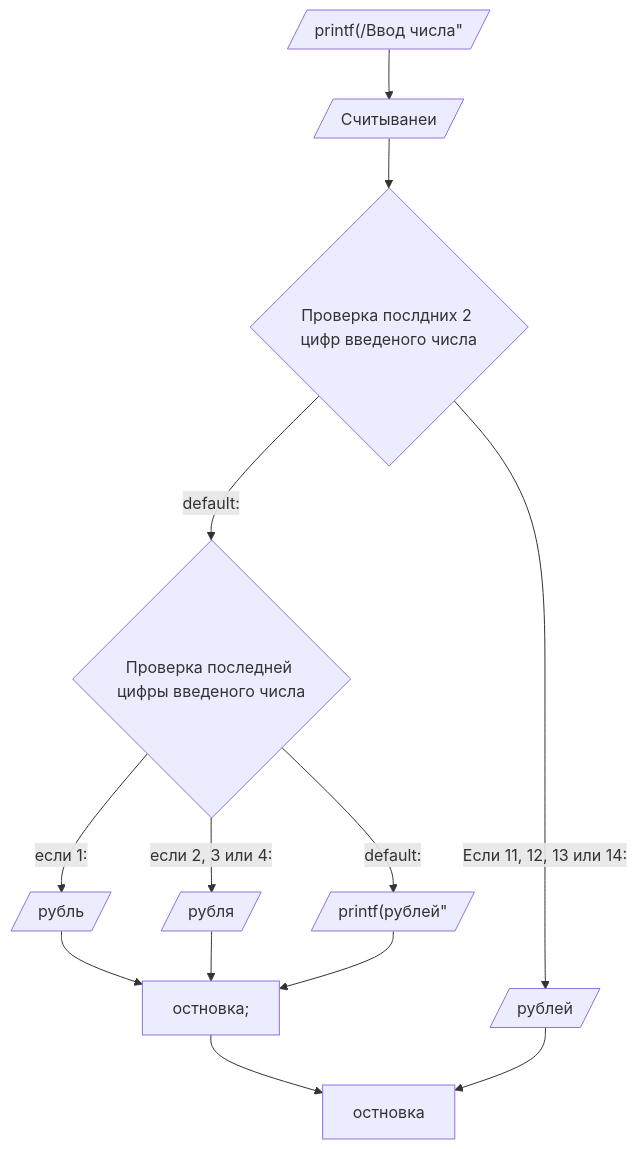
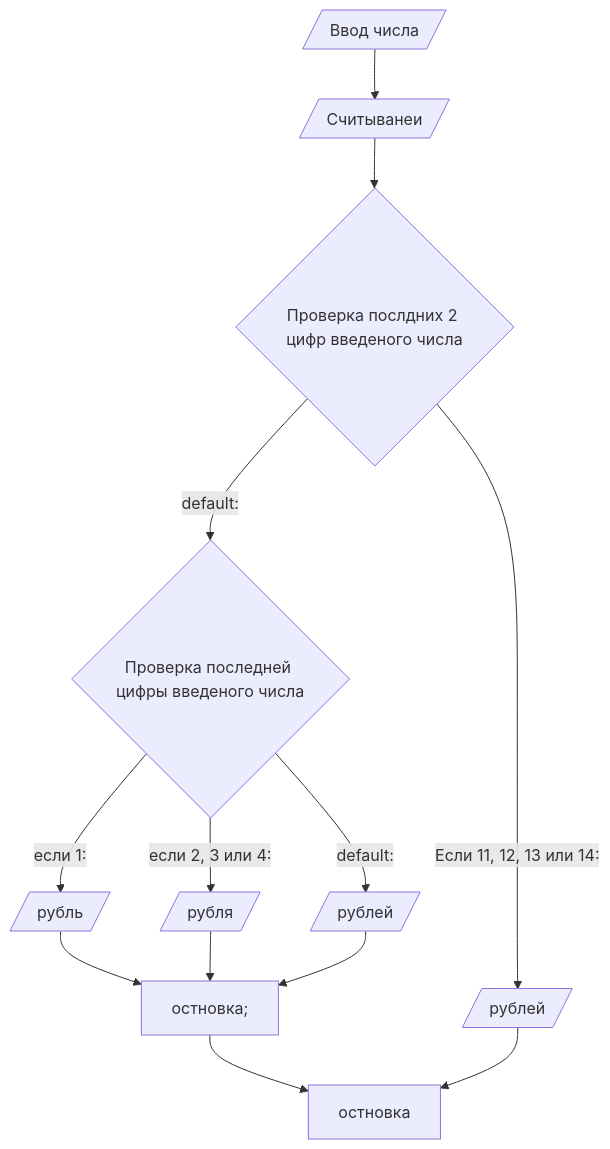
Before and after one commit to Lendic42/homework7: the diagram in README.md, drawn with Mermaid. The commit also changed other lines of this file, not shown here.

````diff
--- a/README.md
+++ b/README.md
@@ -9,17 +9,17 @@
 ```mermaid
 flowchart TD
-    C[/"printf(/"Ввод числа"/]
+    C[/"Ввод числа"/]
     C --> D[/"Считыванеи"/]
     D --> E{"Проверка послдних 2 цифр введеного числа"}
     E -->|"Если 11, 12, 13 или 14:"| F[/"рублей"/]
     E -->|"default:"| G{"Проверка последней цифры введеного числа"}
     G -->|"если 1:"| H[/"рубль"/]
     G -->|"если 2, 3 или 4:"| I[/"рубля"/]
-    G -->|"default:"| J[/"printf("рублей"/]
+    G -->|"default:"| J[/"рублей"/]
     H --> K["остновка;"]
     I --> K
     J --> K
     K --> L["остновка"]
     F --> L
 
 ```
````
